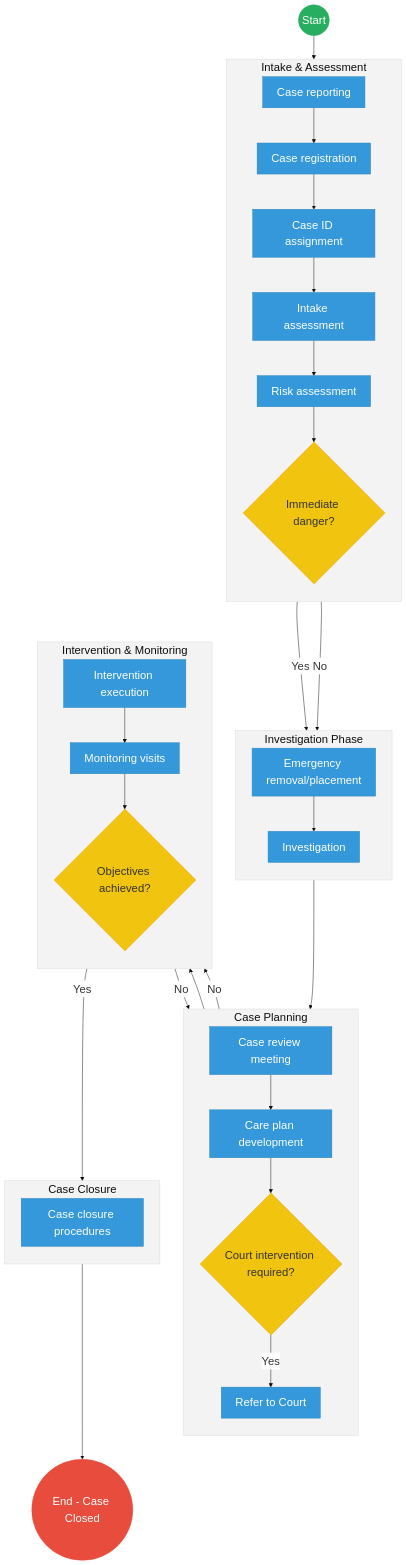
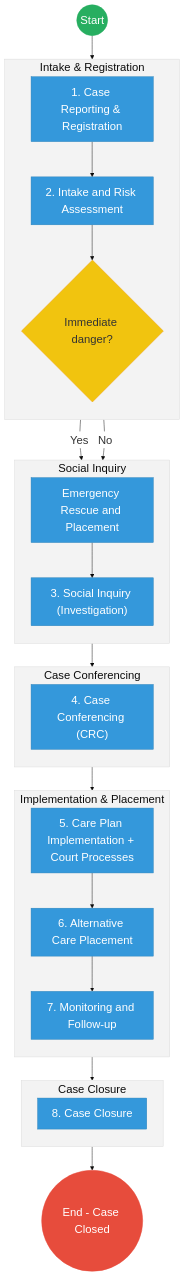
One commit to BITZ-IT-Consulting-LTD/ictapoc changed the first of 2 diagrams in mdas/docs_final/priority_mdas/State_Department_for_Children_Services___Service_Delivery.md. Above: the diagram before and after it, drawn with Mermaid. The commit also changed other lines of this file and 2 other files, not shown here.

````diff
--- a/mdas/docs_final/priority_mdas/State_Department_for_Children_Services___Service_Delivery.md
+++ b/mdas/docs_final/priority_mdas/State_Department_for_Children_Services___Service_Delivery.md
@@ -38,82 +38,65 @@
 ```mermaid
 %%{init: { 'theme': 'base', 'themeVariables': { 'fontSize': '24px', 'fontFamily': 'Inter, system-ui, sans-serif', 'primaryColor': '#ffffff', 'edgeLabelBackground':'#ffffff', 'tertiaryColor': '#f3f3f3', 'mainBkg': '#ffffff', 'nodeBorder': '#333333' } } }%%
 flowchart TD
     %% Events
     Start((Start))
     EndProcess(("End - Case Closed"))
 
-    subgraph CaseIntake["Intake & Assessment"]
+    subgraph Intake_Layer["Intake & Registration"]
         direction TB
-        Report["Case reporting"]
-        Reg["Case registration"]
-        AssignID["Case ID assignment"]
-        IntakeAss["Intake assessment"]
-        RiskAss["Risk assessment"]
+        Report["1. Case Reporting & Registration"]
+        IntakeAss["2. Intake and Risk Assessment"]
         RiskGateway{"Immediate danger?"}
     end
 
-    subgraph Investigation["Investigation Phase"]
+    subgraph Investigation_Layer["Social Inquiry"]
         direction TB
-        Investigate[Investigation]
-        EmergRem["Emergency removal/placement"]
+        EmergResc["Emergency Rescue and Placement"]
+        Investigate["3. Social Inquiry (Investigation)"]
     end
 
-    subgraph CasePlanning["Case Planning"]
+    subgraph Decision_Layer["Case Conferencing"]
         direction TB
-        RevMeet["Case review meeting"]
-        CarePlan["Care plan development"]
-        CourtGateway{"Court intervention required?"}
-        CourtRef["Refer to Court"]
+        CRC["4. Case Conferencing (CRC)"]
     end
 
-    subgraph Implementation["Intervention & Monitoring"]
+    subgraph Intervention_Layer["Implementation & Placement"]
         direction TB
-        Intervene["Intervention execution"]
-        Monitor["Monitoring visits"]
-        MetGateway{"Objectives achieved?"}
+        CourtProc["5. Care Plan Implementation + Court Processes"]
+        Placement["6. Alternative Care Placement"]
+        Monitor["7. Monitoring and Follow-up"]
     end
 
-    subgraph Closure["Case Closure"]
+    subgraph Closure_Layer["Case Closure"]
         direction TB
-        CloseProc["Case closure procedures"]
+        CloseProc["8. Case Closure"]
     end
 
     %% Flow connections
     Start --> Report
-    Report --> Reg
-    Reg --> AssignID
-    AssignID --> IntakeAss
-    IntakeAss --> RiskAss
-    RiskAss --> RiskGateway
+    Report --> IntakeAss
+    IntakeAss --> RiskGateway
     
-    RiskGateway -- "Yes" --> EmergRem
-    EmergRem --> Investigate
+    RiskGateway -- "Yes" --> EmergResc
+    EmergResc --> Investigate
     RiskGateway -- "No" --> Investigate
     
-    Investigate --> RevMeet
-    RevMeet --> CarePlan
-    CarePlan --> CourtGateway
+    Investigate --> CRC
+    CRC --> CourtProc
+    CourtProc --> Placement
     
-    CourtGateway -- "Yes" --> CourtRef
-    CourtRef --> Intervene
-    CourtGateway -- "No" --> Intervene
-    
-    Intervene --> Monitor
-    Monitor --> MetGateway
-    
-    MetGateway -- "No" --> CarePlan
-    MetGateway -- "Yes" --> CloseProc
-    
+    Placement --> Monitor
+    Monitor --> CloseProc
     CloseProc --> EndProcess
 
     %% Styling
-    classDef startEvent fill:#27ae60,stroke:#27ae60,color:#fff,font-size:24px,font-size:24px;;
-    classDef endEvent fill:#e74c3c,stroke:#e74c3c,color:#fff,font-size:24px,font-size:24px;;
-    classDef userTask fill:#3498db,stroke:#2980b9,color:#fff,font-size:24px,font-size:24px;;
-    classDef gateway fill:#f1c40f,stroke:#f39c12,color:#333,font-size:24px,font-size:24px;;
+    classDef startEvent fill:#27ae60,stroke:#27ae60,color:#fff,font-size:24px;;
+    classDef endEvent fill:#e74c3c,stroke:#e74c3c,color:#fff,font-size:24px;;
+    classDef userTask fill:#3498db,stroke:#2980b9,color:#fff,font-size:24px;;
+    classDef gateway fill:#f1c40f,stroke:#f39c12,color:#333,font-size:24px;;
     
     class Start startEvent;
     class EndProcess endEvent;
-    class RiskGateway,CourtGateway,MetGateway gateway;
-    class Report,Reg,AssignID,IntakeAss,RiskAss,Investigate,EmergRem,RevMeet,CarePlan,CourtRef,Intervene,Monitor,CloseProc userTask;
+    class RiskGateway gateway;
+    class Report,IntakeAss,EmergResc,Investigate,CRC,CourtProc,Placement,Monitor,CloseProc userTask;
 ```
````
